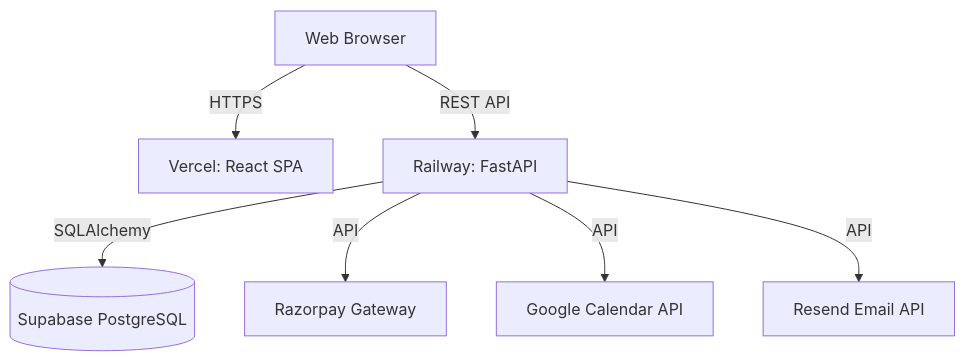
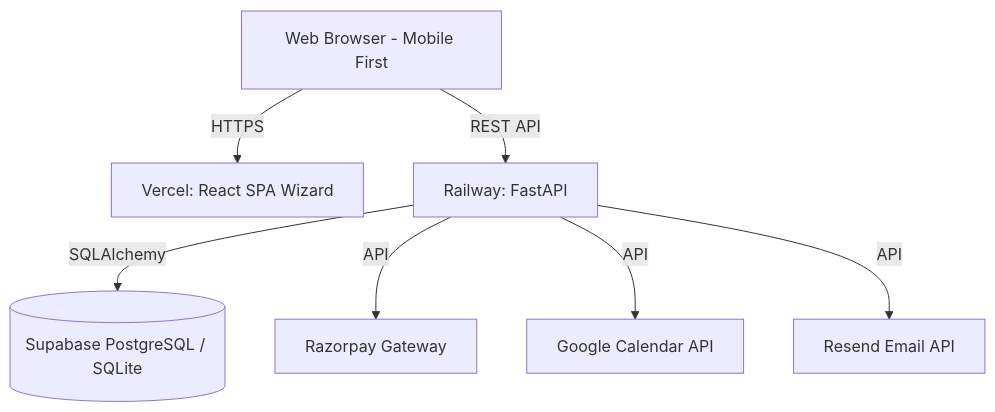
Before and after one commit to vanshbahl/fitness-coach-site: the first of 2 diagrams in docs/ARCHITECTURE.md, drawn with Mermaid. The commit also changed other lines of this file and 6 other files, not shown here.

Commit message:
Updation: Docs - Updated Database Schema

````diff
--- a/docs/ARCHITECTURE.md
+++ b/docs/ARCHITECTURE.md
@@ -6,9 +6,9 @@
 ```mermaid
 graph TD
-    Client[Web Browser] -->|HTTPS| Frontend[Vercel: React SPA]
+    Client[Web Browser - Mobile First] -->|HTTPS| Frontend[Vercel: React SPA Wizard]
     Client -->|REST API| Backend[Railway: FastAPI]
-    Backend -->|SQLAlchemy| DB[(Supabase PostgreSQL)]
+    Backend -->|SQLAlchemy| DB[(Supabase PostgreSQL / SQLite)]
     Backend -->|API| Razorpay[Razorpay Gateway]
     Backend -->|API| Calendar[Google Calendar API]
     Backend -->|API| Resend[Resend Email API]
 ```
````
